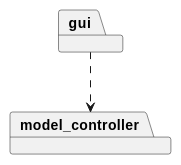
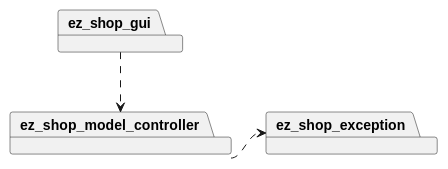
Before and after one commit to nicolabattaglino/ezshop: the first of 32 diagrams in Deliverables/DesignDocument.md, drawn with PlantUML. The commit also changed other lines of this file, not shown here.

Commit message:
package diagram improve

````diff
--- a/Deliverables/DesignDocument.md
+++ b/Deliverables/DesignDocument.md
@@ -30,13 +30,16 @@
 ```plantuml
 
 @startuml
 
-package gui 
+package ez_shop_gui 
 
-package model_controller
+package ez_shop_model_controller
 
-gui ..> model_controller
+package ez_shop_exception
+
+ez_shop_gui ..> ez_shop_model_controller
+ez_shop_model_controller .> ez_shop_exception
 
 @enduml
 
 ```
````
